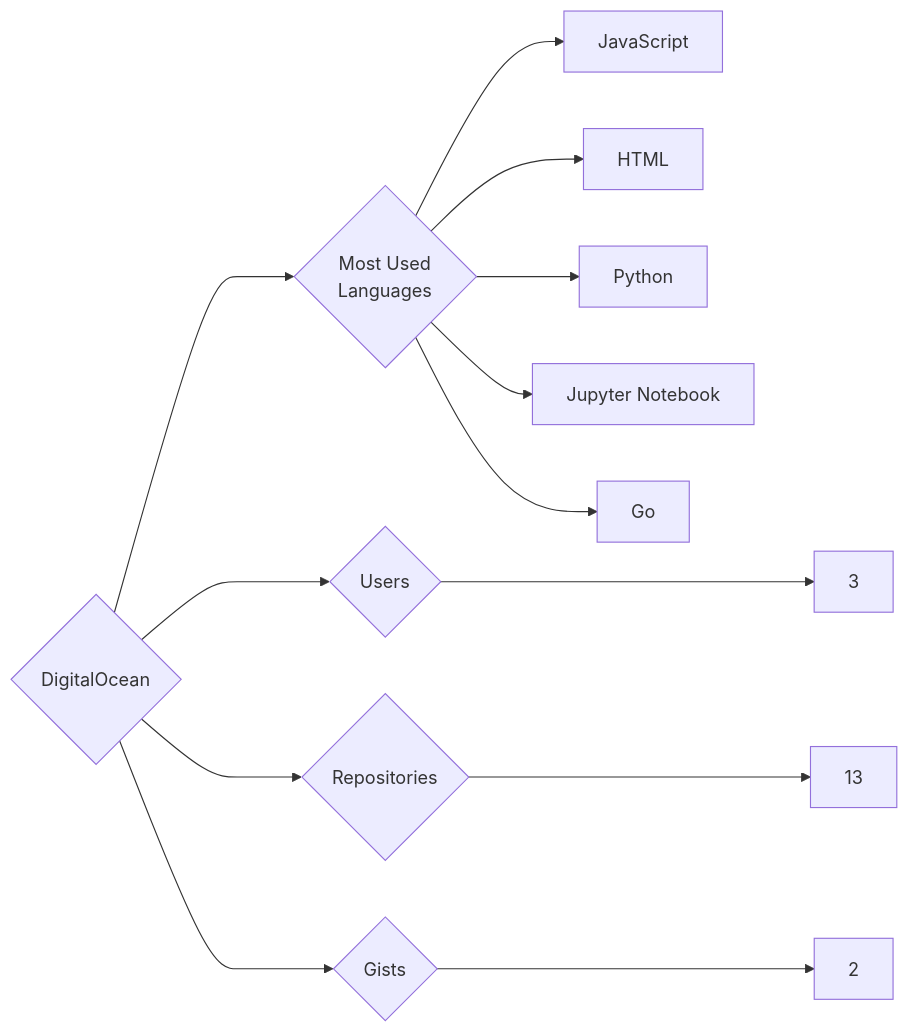
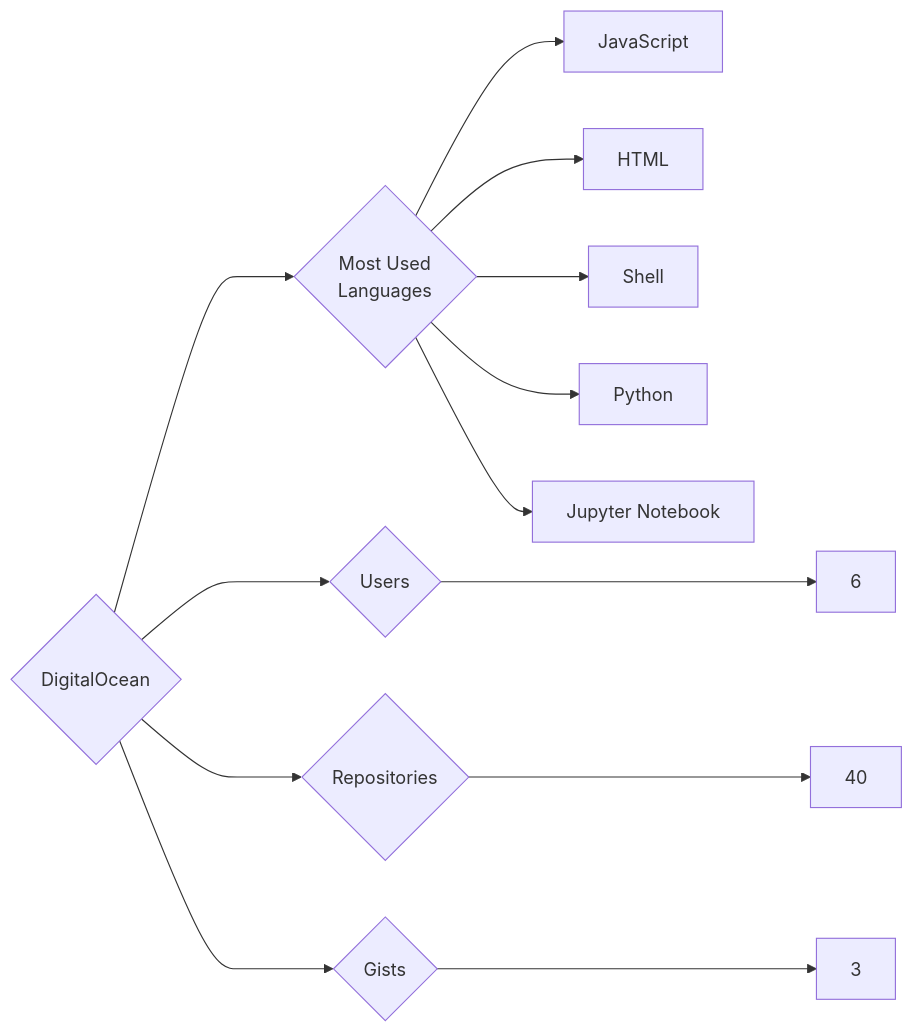
Before and after one commit to trickest/insiders: the diagram in targets/DigitalOcean/README.md, drawn with Mermaid. The commit also changed 873 other files, not shown here.

````diff
--- a/targets/DigitalOcean/README.md
+++ b/targets/DigitalOcean/README.md
@@ -3,13 +3,13 @@
 ```mermaid
 graph LR
 COMPANY_NAME{DigitalOcean}
-COMPANY_NAME ---> U{Users} ---> UN[3]
-COMPANY_NAME ---> R{Repositories} ---> RN[13]
-COMPANY_NAME ---> G{Gists} ---> GN[2]
+COMPANY_NAME ---> U{Users} ---> UN[6]
+COMPANY_NAME ---> R{Repositories} ---> RN[40]
+COMPANY_NAME ---> G{Gists} ---> GN[3]
 COMPANY_NAME ---> ML{Most Used<br>Languages}
 ML --> JavaScript[JavaScript]
 ML --> HTML[HTML]
+ML --> Shell[Shell]
 ML --> Python[Python]
 ML --> Jupyter_Notebook[Jupyter Notebook]
-ML --> Go[Go]
 ```
````
